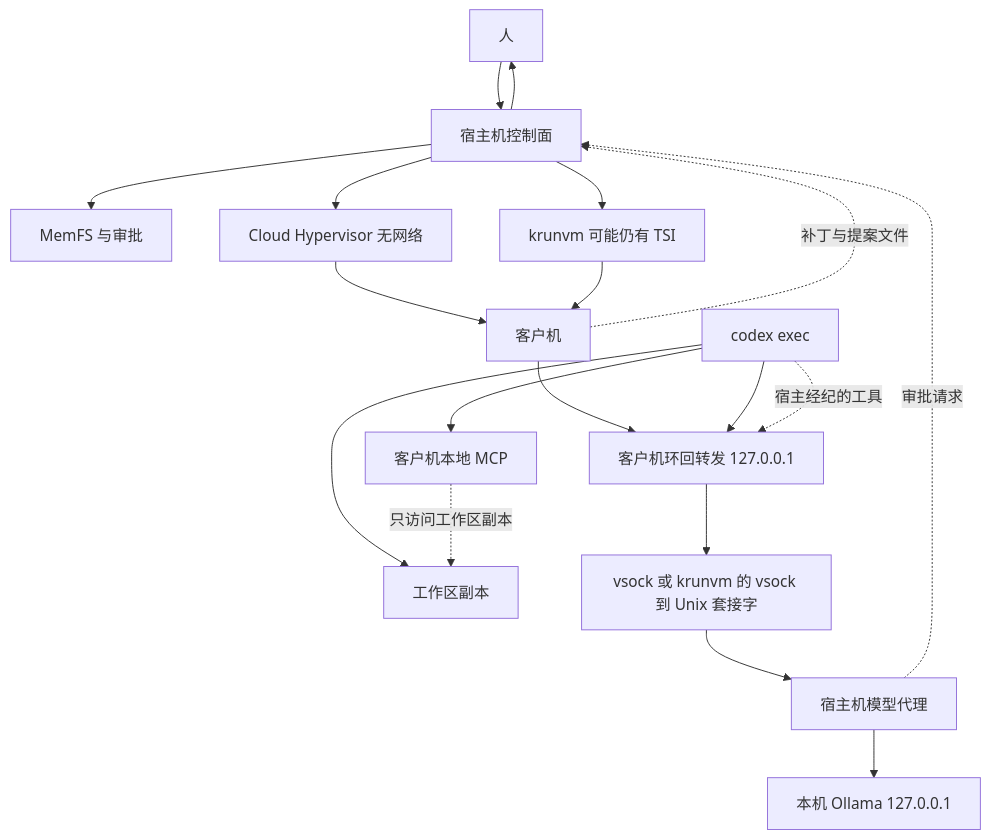
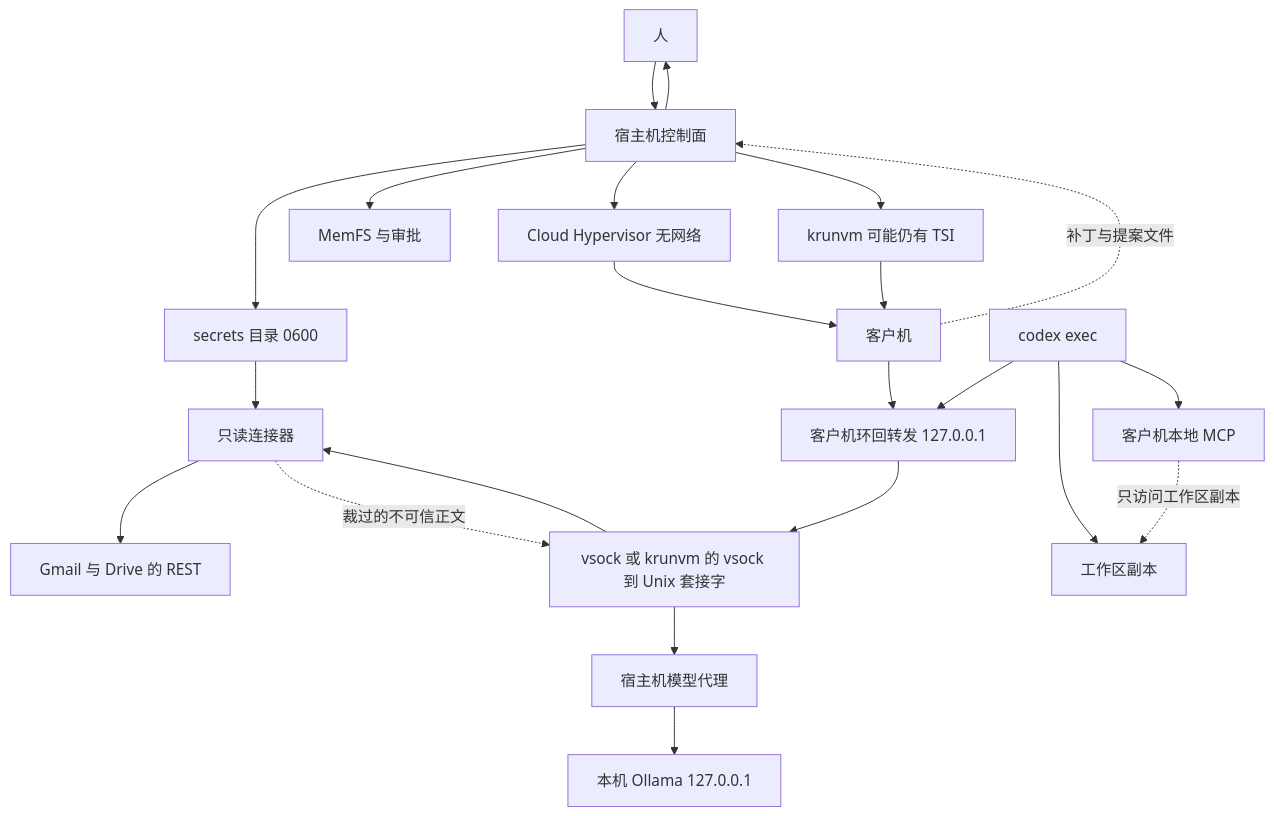
The diagram in docs/design/codex-guest.md (kurlez/ssios), drawn with Mermaid before and after one commit. The commit also changed other lines of this file, not shown here.

First line of the commit message:
Document read-only Gmail and Drive connectors for the guest.

````diff
--- a/docs/design/codex-guest.md
+++ b/docs/design/codex-guest.md
@@ -47,35 +69,41 @@
 ```mermaid
 flowchart TB
   human[人]
   cp[宿主机控制面]
+  secrets[secrets 目录 0600]
+  conn[只读连接器]
+  google[Gmail 与 Drive 的 REST]
   proxy[宿主机模型代理]
   ollama[本机 Ollama 127.0.0.1]
   mem[MemFS 与审批]
   kvm[Cloud Hypervisor 无网络]
   krun[krunvm 可能仍有 TSI]
   guest[客户机]
   relay[客户机环回转发 127.0.0.1]
   codex[codex exec]
   ws[工作区副本]
   mcpg[客户机本地 MCP]
   vsock[vsock 或 krunvm 的 vsock 到 Unix 套接字]
 
   human --> cp
+  cp --> secrets
+  secrets --> conn
+  conn --> google
   cp --> mem
   cp --> kvm
   cp --> krun
   kvm --> guest
   krun --> guest
   guest --> relay
   relay --> vsock
   vsock --> proxy
+  vsock --> conn
   proxy --> ollama
   codex --> relay
   codex --> ws
   codex --> mcpg
   mcpg -. 只访问工作区副本 .-> ws
-  codex -. 宿主经纪的工具 .-> relay
-  proxy -. 审批请求 .-> cp
+  conn -. 裁过的不可信正文 .-> vsock
   guest -. 补丁与提案文件 .-> cp
   cp --> human
 ```
````
